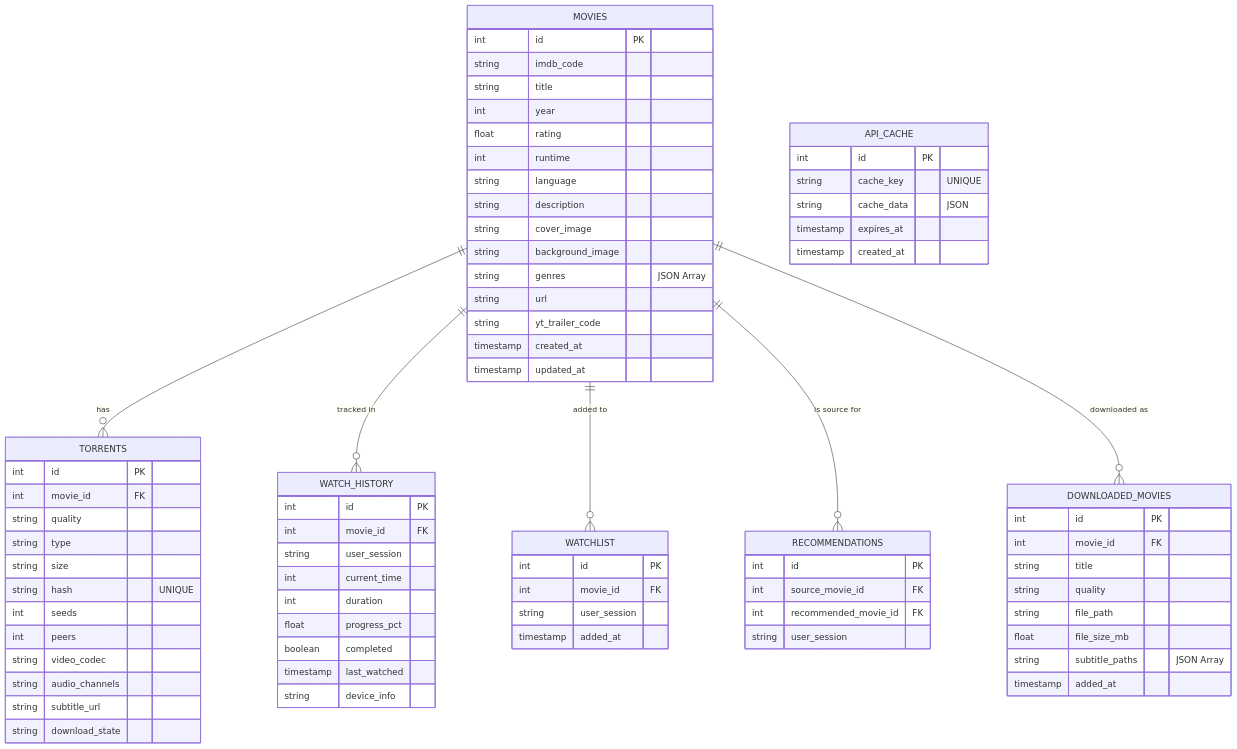
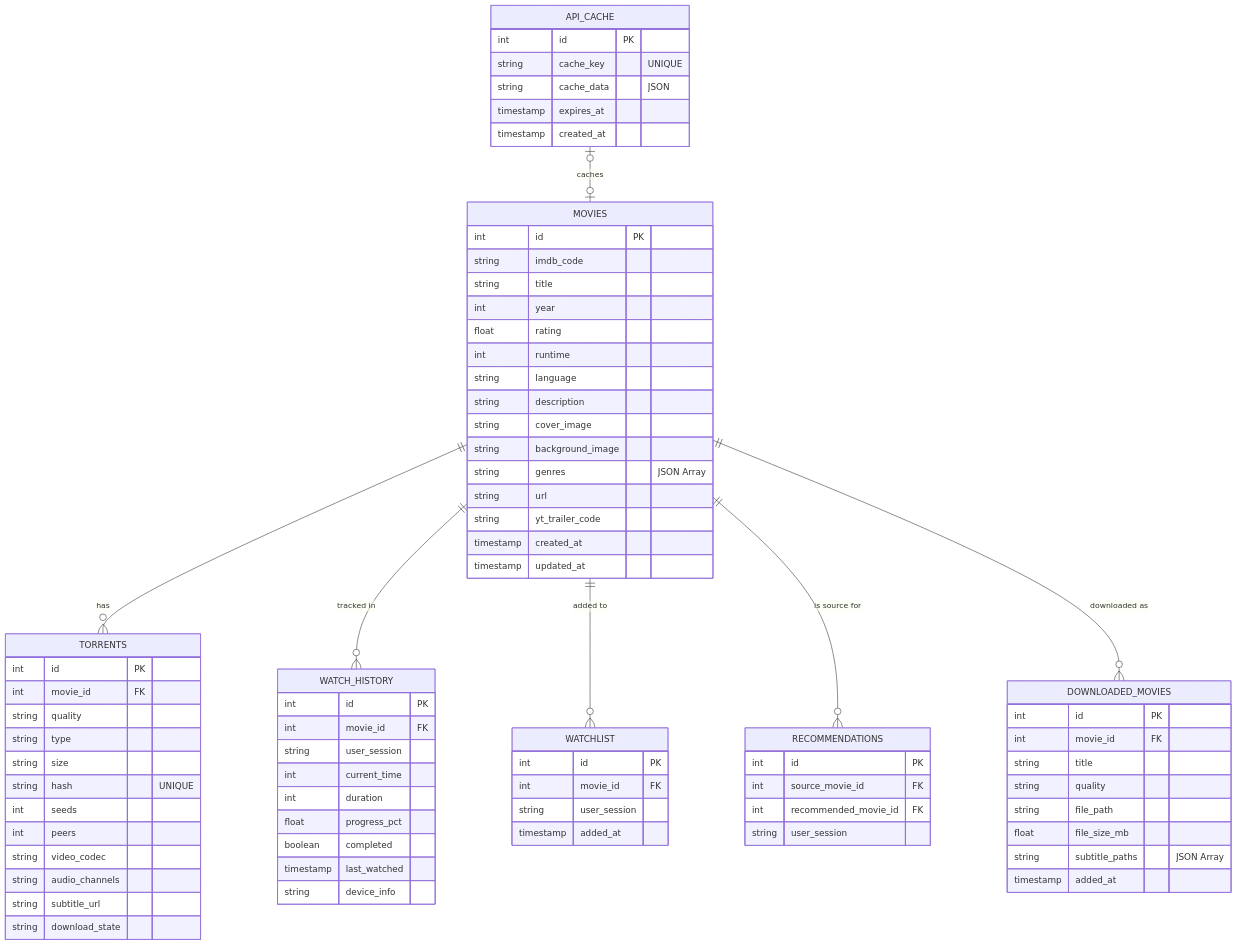
Before and after one commit to felexkuria/YFIY: the first of 2 diagrams in ERD_DESIGN.md, drawn with Mermaid.

Commit message:
feat: add API_CACHE to MOVIES caching relationship in ERD.

```diff
--- a/ERD_DESIGN.md
+++ b/ERD_DESIGN.md
@@ -9,6 +9,7 @@
     MOVIES ||--o{ WATCHLIST : "added to"
     MOVIES ||--o{ RECOMMENDATIONS : "is source for"
     MOVIES ||--o{ DOWNLOADED_MOVIES : "downloaded as"
+    API_CACHE |o--o| MOVIES : "caches"
 
     MOVIES {
         int id PK
```
